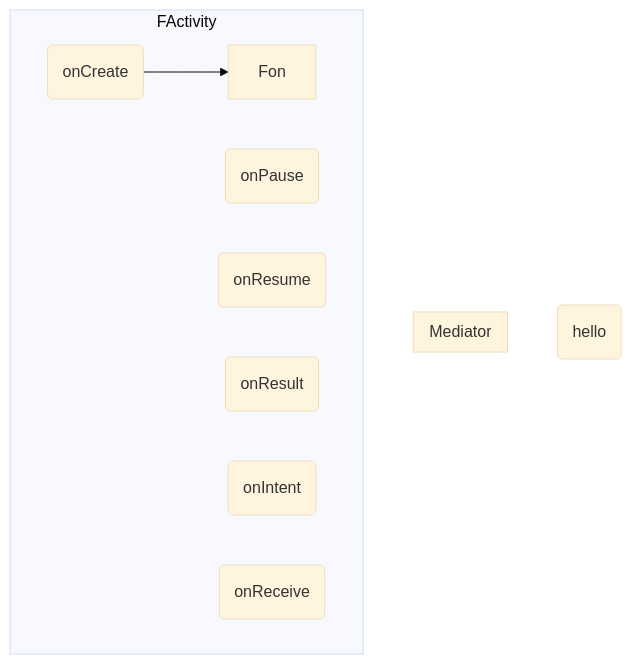
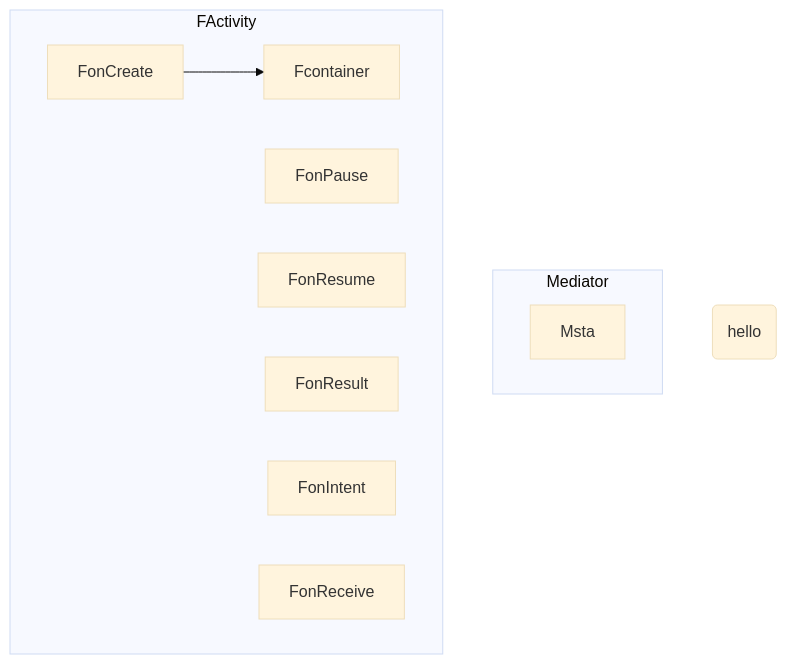
One commit to gordianknotC/nxp_note changed the diagram in flutter/addActivityResultListener.md. Above: the diagram before and after it, drawn with Mermaid (base theme). The commit also changed other lines of this file, not shown here.

Commit message:
flutter/addActivityResultListener.md updated from https://stackedit.io/

````diff
--- a/flutter/addActivityResultListener.md
+++ b/flutter/addActivityResultListener.md
@@ -11,18 +11,19 @@
 ```mermaid
 graph TB
 	S(hello)
 	subgraph Mediator
-		
+		Msta
 	end
 	subgraph FActivity
-		FonCreate(onCreate)
-		FonPause(onPause)
-		FonResume(onResume)
-		FonResult(onResult)
-		FonIntent(onIntent)
-		FonReceive(onReceive)
-		FonCreate --> Fon
+		FonCreate
+		FonPause 
+		FonResume 
+		FonResult 
+		FonIntent 
+		FonReceive 
+		FonCreate --> Fcontainer
+		Fcontainer
 	end
 
 
 ```
````
